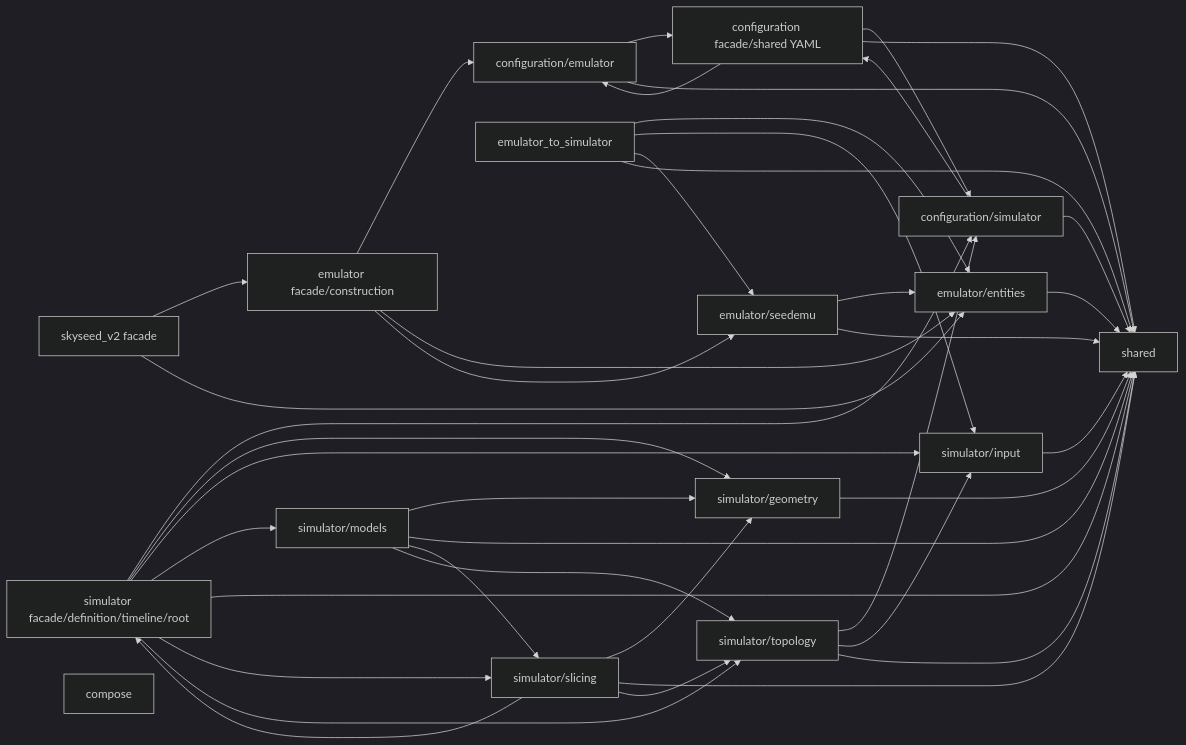
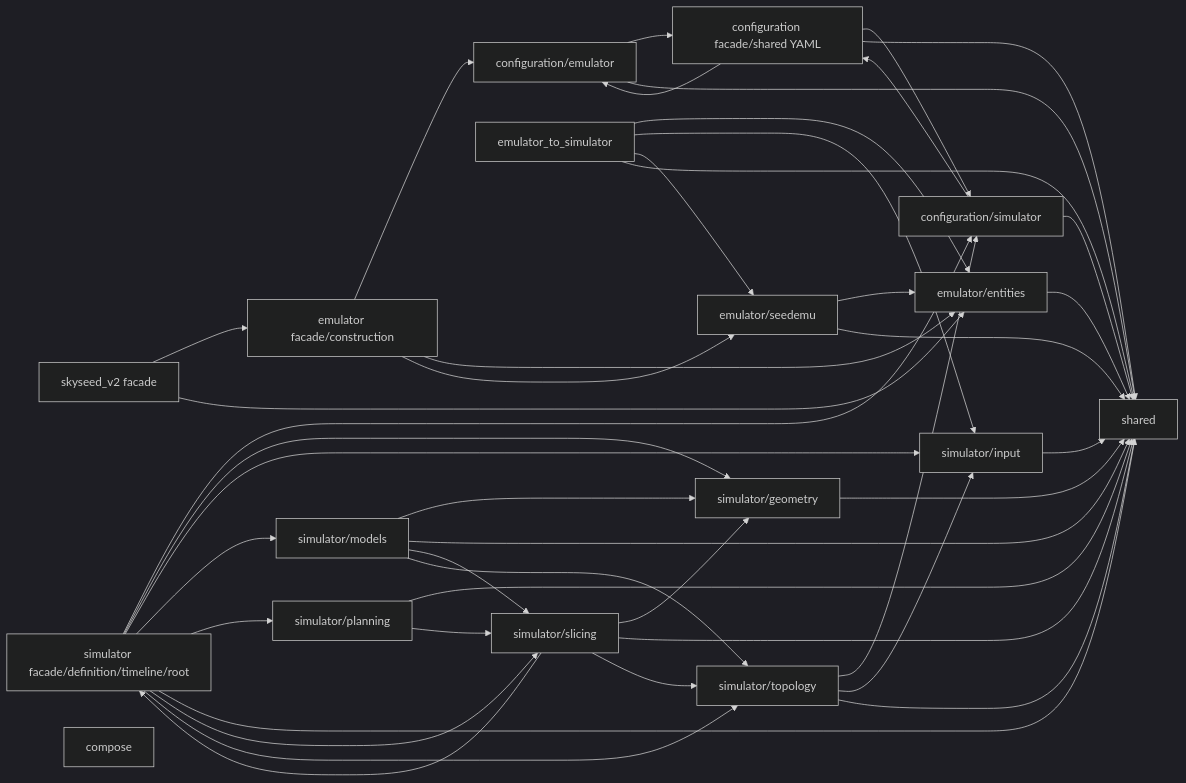
The diagram in skyseed_v2/docs/human-readable/repository-map.md (seed-labs/skyseed), drawn with Mermaid (dark theme) before and after one commit. The commit also changed 64 other files, not shown here.

````diff
--- a/skyseed_v2/docs/human-readable/repository-map.md
+++ b/skyseed_v2/docs/human-readable/repository-map.md
@@ -8,59 +8,63 @@
 ```mermaid
 flowchart LR
     ROOT["skyseed_v2 facade"]
     SHARED["shared"]
     CONFIG["configuration facade/shared YAML"]
     CONFIG_EMU["configuration/emulator"]
     CONFIG_SIM["configuration/simulator"]
     EMU["emulator facade/construction"]
     ENTITIES["emulator/entities"]
     SEED["emulator/seedemu"]
     BRIDGE["emulator_to_simulator"]
     INPUT["simulator/input"]
     SIM["simulator facade/definition/timeline/root"]
     GEOMETRY["simulator/geometry"]
     TOPOLOGY["simulator/topology"]
     SLICING["simulator/slicing"]
     MODELS["simulator/models"]
+    PLANNING["simulator/planning"]
     COMPOSE["compose"]
 
     BRIDGE --> ENTITIES
     BRIDGE --> INPUT
     BRIDGE --> SEED
     BRIDGE --> SHARED
     CONFIG --> CONFIG_EMU
     CONFIG --> CONFIG_SIM
     CONFIG --> SHARED
     CONFIG_EMU --> CONFIG
     CONFIG_EMU --> SHARED
     CONFIG_SIM --> CONFIG
     CONFIG_SIM --> SHARED
     EMU --> CONFIG_EMU
     EMU --> ENTITIES
     EMU --> SEED
     ENTITIES --> SHARED
     GEOMETRY --> SHARED
     INPUT --> SHARED
     MODELS --> GEOMETRY
     MODELS --> SHARED
     MODELS --> SLICING
     MODELS --> TOPOLOGY
     ROOT --> EMU
     ROOT --> ENTITIES
     SEED --> ENTITIES
     SEED --> SHARED
     SIM --> CONFIG_SIM
     SIM --> GEOMETRY
     SIM --> INPUT
     SIM --> MODELS
+    SIM --> PLANNING
     SIM --> SHARED
     SIM --> SLICING
     SIM --> TOPOLOGY
     SLICING --> GEOMETRY
     SLICING --> SHARED
     SLICING --> SIM
     SLICING --> TOPOLOGY
+    PLANNING --> SHARED
+    PLANNING --> SLICING
     TOPOLOGY --> CONFIG_SIM
     TOPOLOGY --> INPUT
     TOPOLOGY --> SHARED
 ```
````
